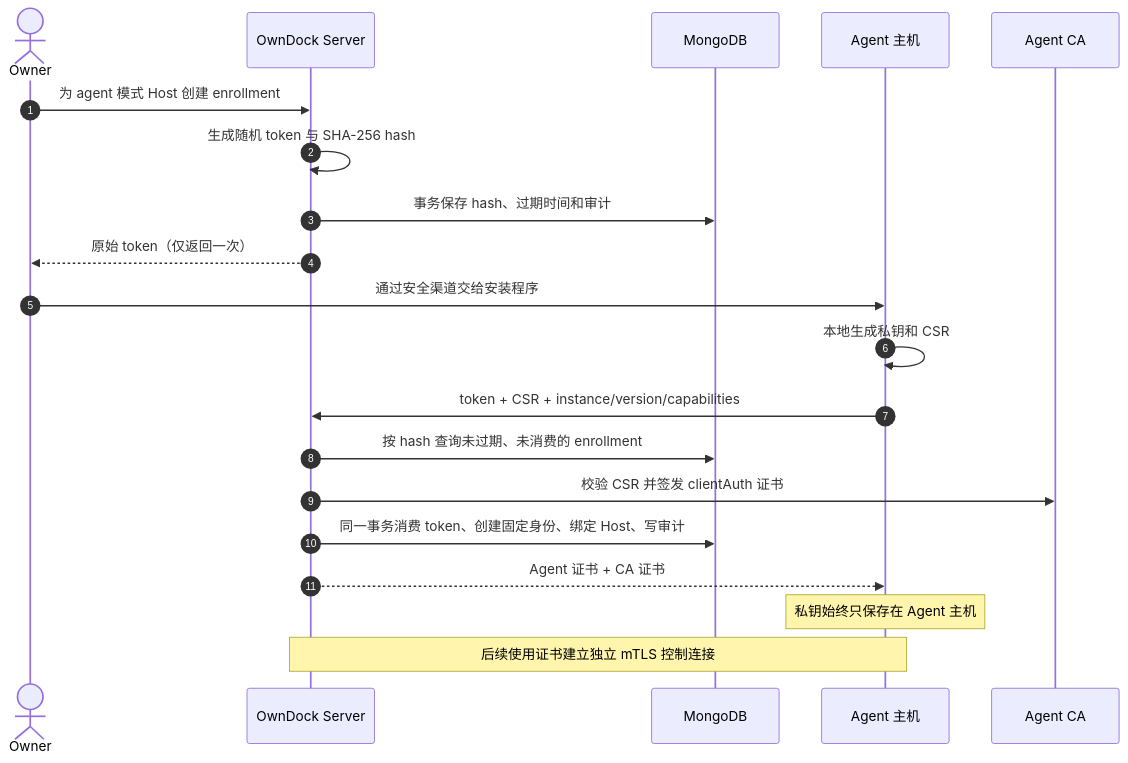
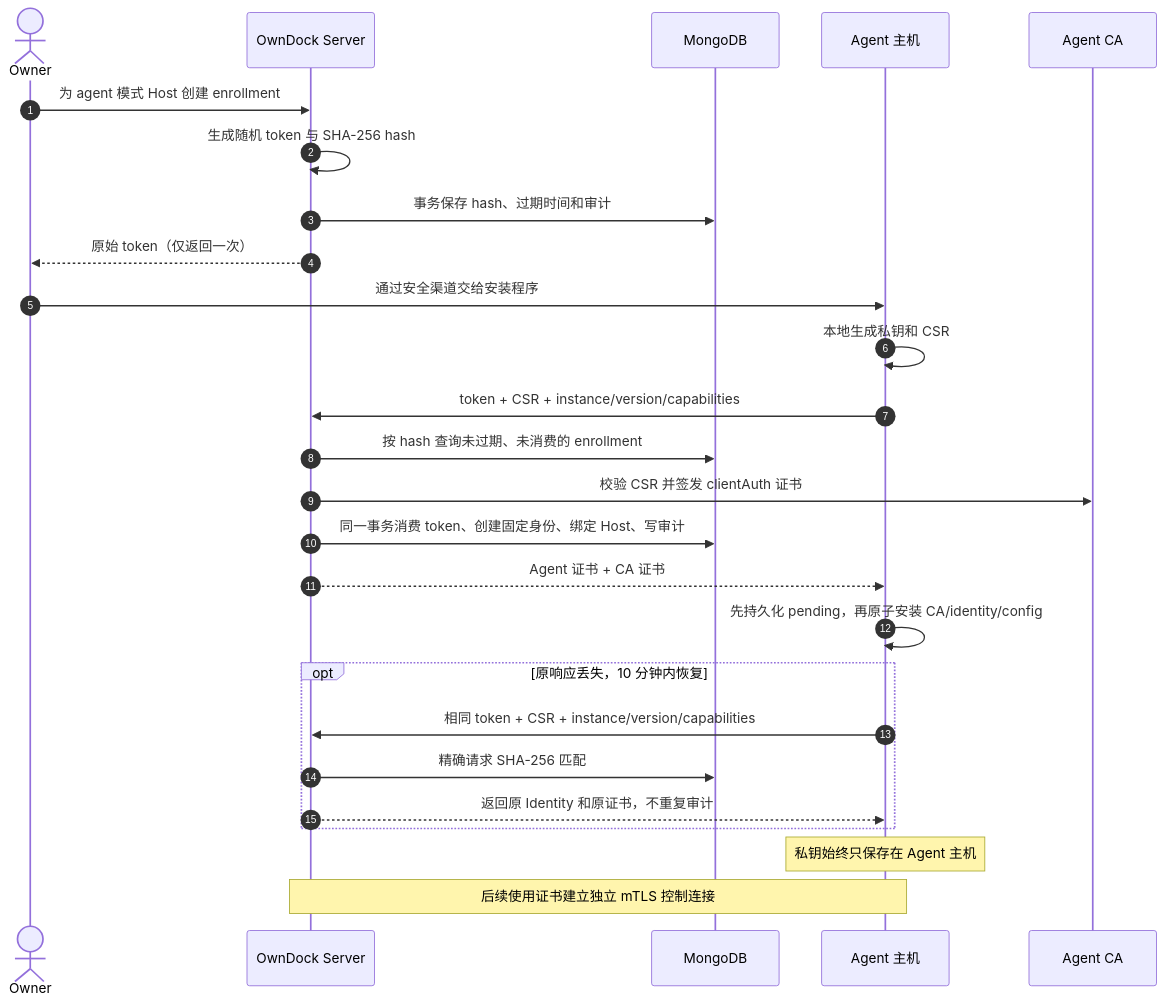
Before and after one commit to owndock/owndock: the diagram in docs/agent-enrollment.md, drawn with Mermaid. The commit also changed other lines of this file and 211 other files, not shown here.

````diff
--- a/docs/agent-enrollment.md
+++ b/docs/agent-enrollment.md
@@ -15,23 +15,29 @@
 ```mermaid
 sequenceDiagram
     autonumber
     actor O as Owner
     participant API as OwnDock Server
     participant DB as MongoDB
     participant A as Agent 主机
     participant CA as Agent CA
 
     O->>API: 为 agent 模式 Host 创建 enrollment
     API->>API: 生成随机 token 与 SHA-256 hash
     API->>DB: 事务保存 hash、过期时间和审计
     API-->>O: 原始 token（仅返回一次）
     O->>A: 通过安全渠道交给安装程序
     A->>A: 本地生成私钥和 CSR
     A->>API: token + CSR + instance/version/capabilities
     API->>DB: 按 hash 查询未过期、未消费的 enrollment
     API->>CA: 校验 CSR 并签发 clientAuth 证书
     API->>DB: 同一事务消费 token、创建固定身份、绑定 Host、写审计
     API-->>A: Agent 证书 + CA 证书
+    A->>A: 先持久化 pending，再原子安装 CA/identity/config
+    opt 原响应丢失，10 分钟内恢复
+        A->>API: 相同 token + CSR + instance/version/capabilities
+        API->>DB: 精确请求 SHA-256 匹配
+        API-->>A: 返回原 Identity 和原证书，不重复审计
+    end
     Note over A: 私钥始终只保存在 Agent 主机
     Note over A,API: 后续使用证书建立独立 mTLS 控制连接
 ```
````
